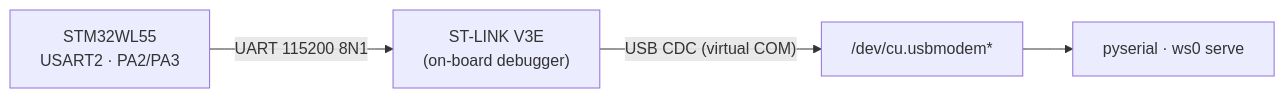
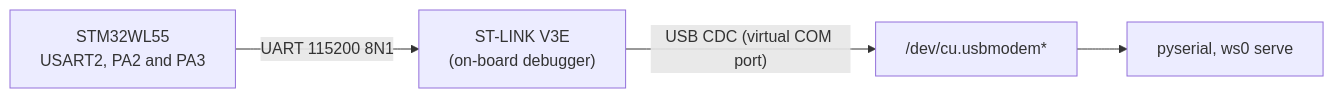
One commit to clintecker/weather-station-2026 changed diagram 15 of 22 in docs/protocol-stack.md. Above: the diagram before and after it, drawn with Mermaid. The commit also changed other lines of this file and 25 other files, not shown here.

First line of the commit message:
Docs: Mermaid diagrams, no insider jargon, stale figures corrected

````diff
--- a/docs/protocol-stack.md
+++ b/docs/protocol-stack.md
@@ -607,6 +702,6 @@
 ```mermaid
 flowchart LR
-  MCU["STM32WL55<br/>USART2 · PA2/PA3"] -- "UART 115200 8N1" --> STL["ST-LINK V3E<br/>(on-board debugger)"]
-  STL -- "USB CDC (virtual COM)" --> MAC["/dev/cu.usbmodem*"]
-  MAC --> PY["pyserial · ws0 serve"]
+  MCU["STM32WL55<br/>USART2, PA2 and PA3"] -- "UART 115200 8N1" --> STL["ST-LINK V3E<br/>(on-board debugger)"]
+  STL -- "USB CDC (virtual COM port)" --> MAC["/dev/cu.usbmodem*"]
+  MAC --> PY["pyserial, ws0 serve"]
 ```
````
